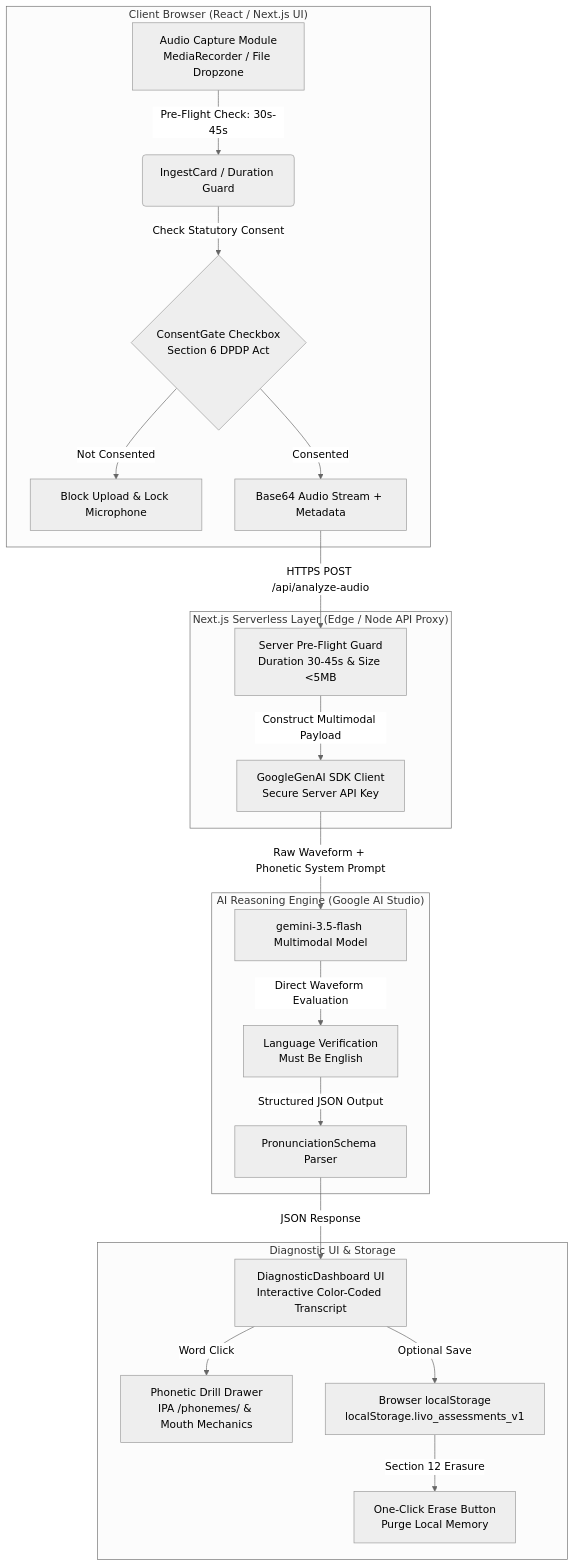
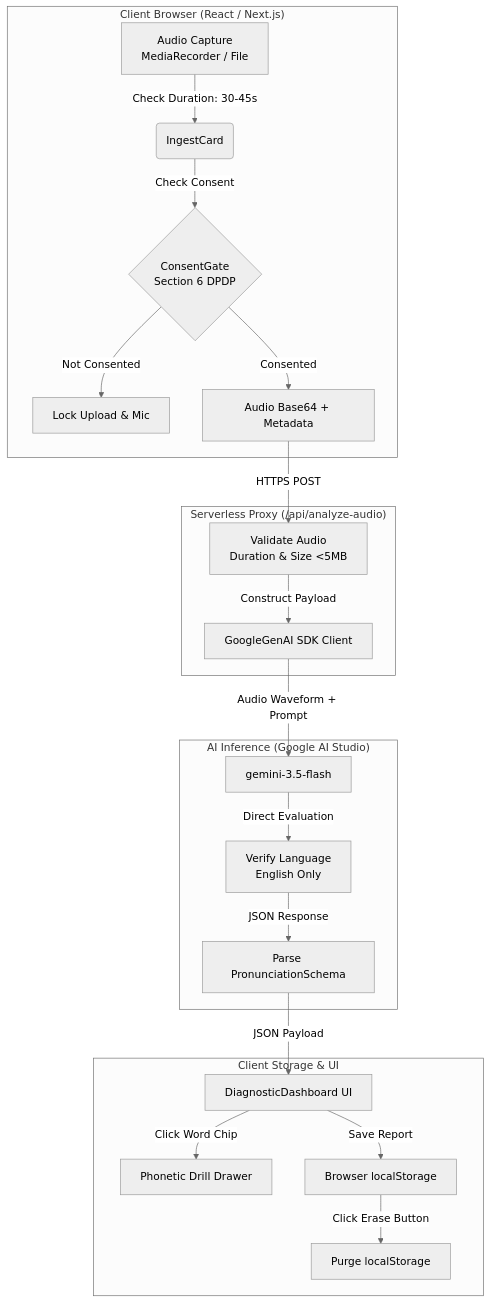
One commit to nareshchandu17/Speechmetric changed the first of 3 diagrams in SYSTEM_ARCHITECTURE.md. Above: the diagram before and after it, drawn with Mermaid (neutral theme). The commit also changed other lines of this file, not shown here.

First line of the commit message:
refactor(docs): refine system architecture to concise, evidence-driven engineering standards

````diff
--- a/SYSTEM_ARCHITECTURE.md
+++ b/SYSTEM_ARCHITECTURE.md
@@ -16,27 +16,27 @@
 ```mermaid
 graph TD
-    subgraph Client ["Client Browser (React / Next.js UI)"]
-        A[Audio Capture Module<br/>MediaRecorder / File Dropzone] -->|Pre-Flight Check: 30s-45s| B(IngestCard / Duration Guard)
-        B -->|Check Statutory Consent| C{ConsentGate Checkbox<br/>Section 6 DPDP Act}
-        C -->|Not Consented| D[Block Upload & Lock Microphone]
-        C -->|Consented| E[Base64 Audio Stream + Metadata]
+    subgraph Client ["Client Browser (React / Next.js)"]
+        A[Audio Capture<br/>MediaRecorder / File] -->|Check Duration: 30-45s| B(IngestCard)
+        B -->|Check Consent| C{ConsentGate<br/>Section 6 DPDP}
+        C -->|Not Consented| D[Lock Upload & Mic]
+        C -->|Consented| E[Audio Base64 + Metadata]
     end
 
-    subgraph Server ["Next.js Serverless Layer (Edge / Node API Proxy)"]
-        E -->|HTTPS POST /api/analyze-audio| F[Server Pre-Flight Guard<br/>Duration 30-45s & Size <5MB]
-        F -->|Construct Multimodal Payload| G[GoogleGenAI SDK Client<br/>Secure Server API Key]
+    subgraph Server ["Serverless Proxy (/api/analyze-audio)"]
+        E -->|HTTPS POST| F[Validate Audio<br/>Duration & Size <5MB]
+        F -->|Construct Payload| G[GoogleGenAI SDK Client]
     end
 
-    subgraph AI ["AI Reasoning Engine (Google AI Studio)"]
-        G -->|Raw Waveform + Phonetic System Prompt| H[gemini-3.5-flash Multimodal Model]
-        H -->|Direct Waveform Evaluation| I[Language Verification<br/>Must Be English]
-        I -->|Structured JSON Output| J[PronunciationSchema Parser]
+    subgraph AI ["AI Inference (Google AI Studio)"]
+        G -->|Audio Waveform + Prompt| H[gemini-3.5-flash]
+        H -->|Direct Evaluation| I[Verify Language<br/>English Only]
+        I -->|JSON Response| J[Parse PronunciationSchema]
     end
 
-    subgraph Diagnostics ["Diagnostic UI & Storage"]
-        J -->|JSON Response| K[DiagnosticDashboard UI<br/>Interactive Color-Coded Transcript]
-        K -->|Word Click| L[Phonetic Drill Drawer<br/>IPA /phonemes/ & Mouth Mechanics]
-        K -->|Optional Save| M[Browser localStorage<br/>localStorage.livo_assessments_v1]
-        M -->|Section 12 Erasure| N[One-Click Erase Button<br/>Purge Local Memory]
+    subgraph Diagnostics ["Client Storage & UI"]
+        J -->|JSON Payload| K[DiagnosticDashboard UI]
+        K -->|Click Word Chip| L[Phonetic Drill Drawer]
+        K -->|Save Report| M[Browser localStorage]
+        M -->|Click Erase Button| N[Purge localStorage]
     end
 ```
````
